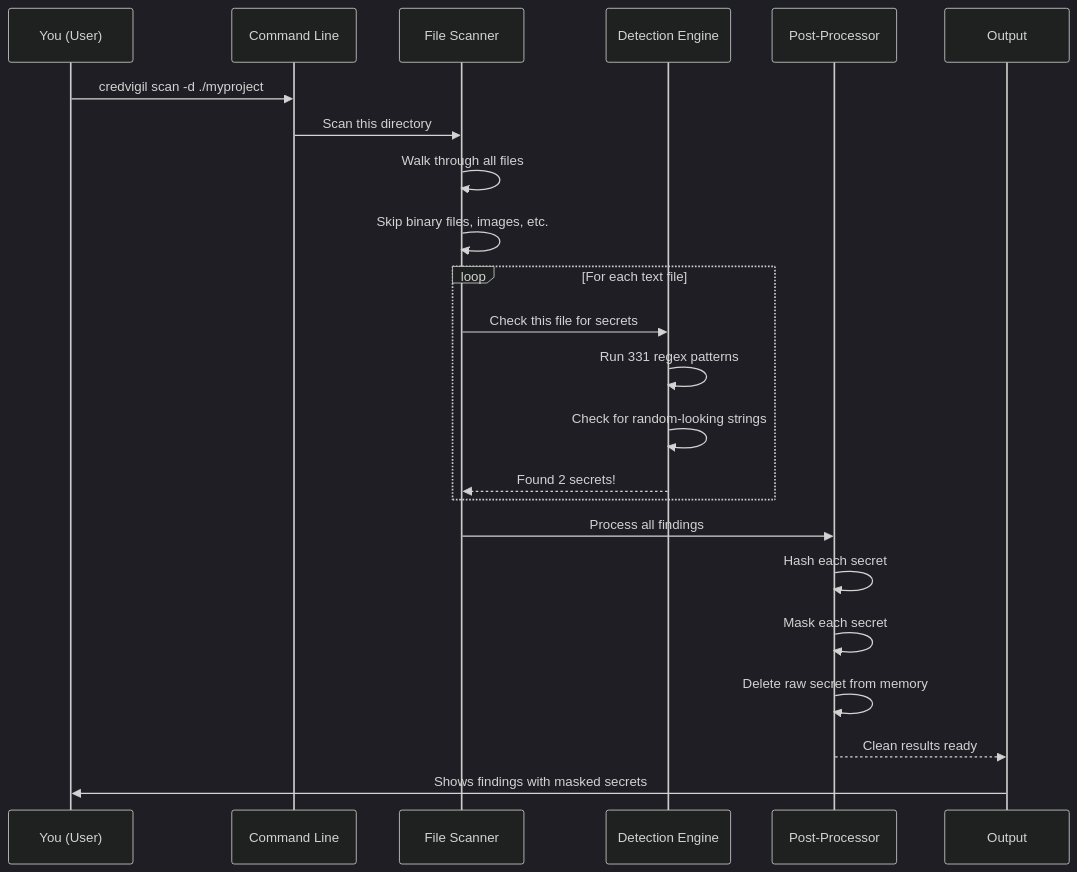
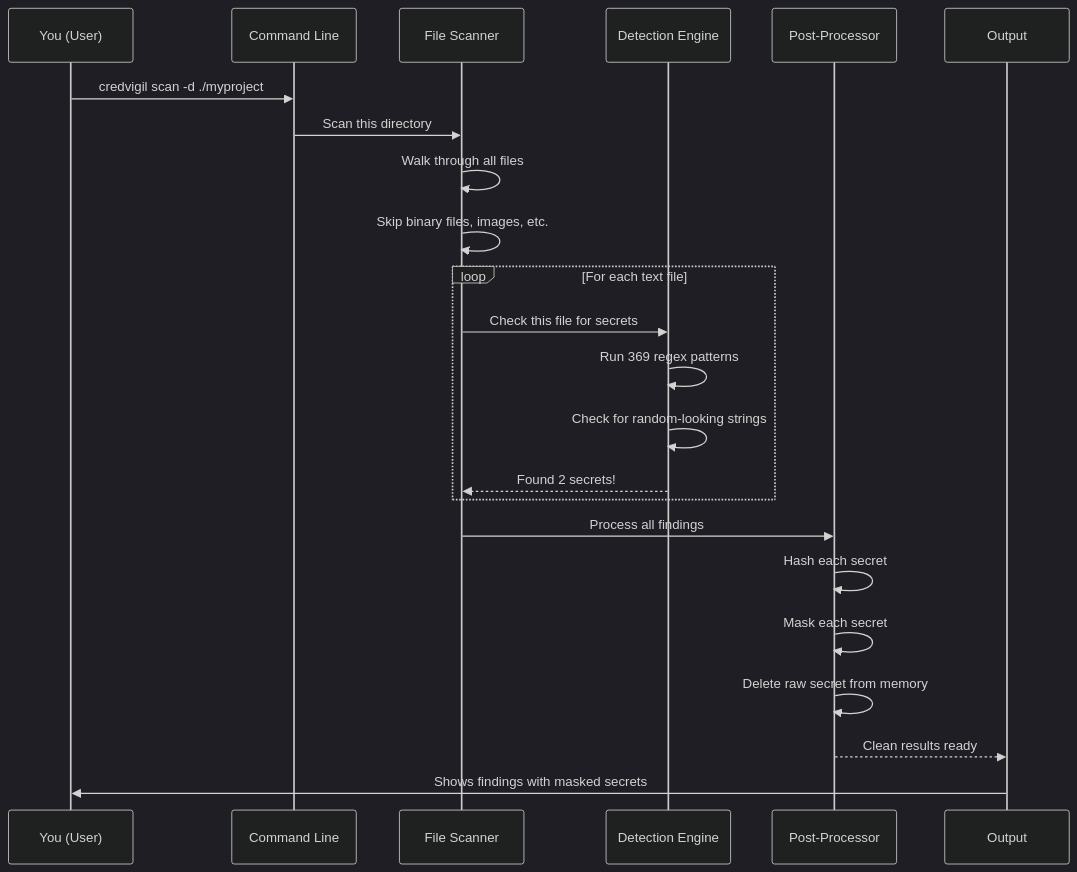
One commit to svemulapati/CredVigil changed the third of 30 diagrams in docs/training/00-System-Design-Simplified.md. Above: the diagram before and after it, drawn with Mermaid (dark theme). The commit also changed other lines of this file and 20 other files, not shown here.

````diff
--- a/docs/training/00-System-Design-Simplified.md
+++ b/docs/training/00-System-Design-Simplified.md
@@ -163,30 +163,30 @@
 ```mermaid
 sequenceDiagram
     participant You as You (User)
     participant CLI as Command Line
     participant Scanner as File Scanner
     participant Engine as Detection Engine
     participant Pipeline as Post-Processor
     participant Output as Output
 
     You->>CLI: credvigil scan -d ./myproject
     CLI->>Scanner: Scan this directory
 
     Scanner->>Scanner: Walk through all files
     Scanner->>Scanner: Skip binary files, images, etc.
 
     loop For each text file
         Scanner->>Engine: Check this file for secrets
-        Engine->>Engine: Run 331 regex patterns
+        Engine->>Engine: Run 369 regex patterns
         Engine->>Engine: Check for random-looking strings
         Engine-->>Scanner: Found 2 secrets!
     end
 
     Scanner->>Pipeline: Process all findings
     Pipeline->>Pipeline: Hash each secret
     Pipeline->>Pipeline: Mask each secret
     Pipeline->>Pipeline: Delete raw secret from memory
     Pipeline-->>Output: Clean results ready
 
     Output->>You: Shows findings with masked secrets
 ```
````
